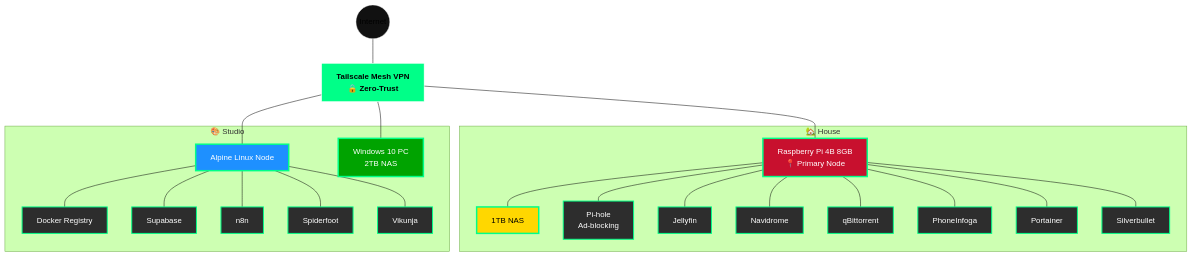
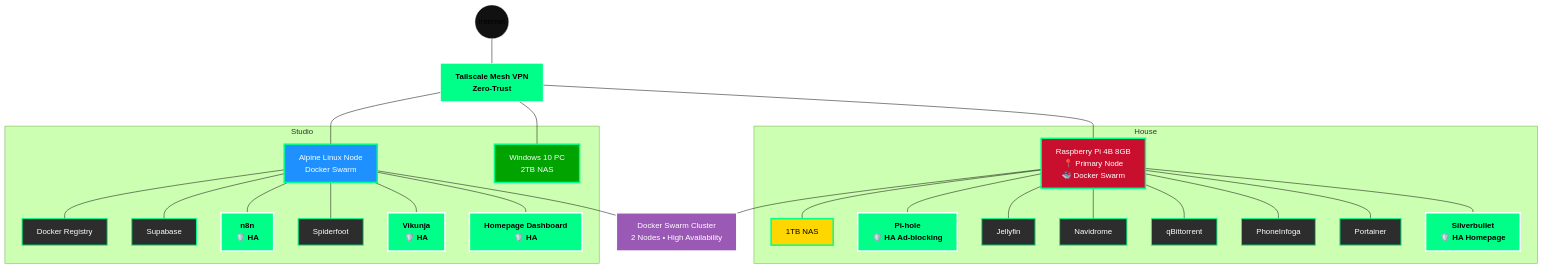
Before and after one commit to MKMithun2806/MKMithun2806: the diagram in README.md, drawn with Mermaid (forest theme).

Commit message:
Enhance README flowchart with HA and Swarm details
Updated the flowchart in the README to include Docker Swarm and High Availability indicators for various components.

````diff
--- a/README.md
+++ b/README.md
@@ -149,64 +149,76 @@
 ```mermaid
 flowchart TD
     Internet((Internet))
-    Tailscale[Tailscale Mesh VPN<br/>🔒 Zero-Trust]
+    Tailscale[Tailscale Mesh VPN<br/>Zero-Trust]
 
-    subgraph House ["🏡 House"]
-        RasPi[Raspberry Pi 4B 8GB<br/>📍 Primary Node]
-        NAS1[1TB NAS]
-        PiHole[Pi-hole<br/>Ad-blocking]
-        Jellyfin[Jellyfin]
-        Navidrome[Navidrome]
-        QB[qBittorrent]
-        Phoneinfoga[PhoneInfoga]
-        Portainer[Portainer]
-        Silverbullet[Silverbullet]
+    subgraph House ["House"]
+        RasPi[Raspberry Pi 4B 8GB<br/>📍 Primary Node<br/>🐳 Docker Swarm]:::raspi
+        NAS1[1TB NAS]:::nas
+        PiHole[Pi-hole<br/>🛡️ HA Ad-blocking]:::ha
+        Jellyfin[Jellyfin]:::service
+        Navidrome[Navidrome]:::service
+        QB[qBittorrent]:::service
+        Phoneinfoga[PhoneInfoga]:::service
+        Portainer[Portainer]:::service
+        Silverbullet[Silverbullet<br/>🛡️ HA Homepage]:::ha
     end
 
-    subgraph Studio ["🎨 Studio"]
-        Alpine[Alpine Linux Node]
-        WinNAS[Windows 10 PC<br/>2TB NAS]
-        DockerReg[Docker Registry]
-        Supabase[Supabase]
-        N8N[n8n]
-        Spiderfoot[Spiderfoot]
-        Vikunja[Vikunja]
+    subgraph Studio ["Studio"]
+        Alpine[Alpine Linux Node<br/>Docker Swarm]:::alpine
+        WinNAS[Windows 10 PC<br/>2TB NAS]:::windows
+        DockerReg[Docker Registry]:::service
+        Supabase[Supabase]:::service
+        N8N[n8n<br/>🛡️ HA]:::ha
+        Spiderfoot[Spiderfoot]:::service
+        Vikunja[Vikunja<br/>🛡️ HA]:::ha
+        Homepage[Homepage Dashboard<br/>🛡️ HA]:::ha
     end
 
     %% Connections
     Internet --- Tailscale
     Tailscale --- RasPi
     Tailscale --- Alpine
     Tailscale --- WinNAS
 
     RasPi --- NAS1
     RasPi --- PiHole
     RasPi --- Jellyfin
     RasPi --- Navidrome
     RasPi --- QB
     RasPi --- Phoneinfoga
     RasPi --- Portainer
     RasPi --- Silverbullet
 
     Alpine --- DockerReg
     Alpine --- Supabase
     Alpine --- N8N
     Alpine --- Spiderfoot
     Alpine --- Vikunja
+    Alpine --- Homepage
+
+    %% Swarm & HA indicators
+    Swarm[Docker Swarm Cluster<br/>2 Nodes • High Availability]:::swarm
+
+    RasPi --- Swarm
+    Alpine --- Swarm
 
     %% Styling
     classDef raspi fill:#C8102E,stroke:#00FF88,stroke-width:3px,color:#fff
     classDef alpine fill:#1E90FF,stroke:#00FF88,stroke-width:3px,color:#fff
     classDef windows fill:#00A300,stroke:#00FF88,stroke-width:3px,color:#fff
     classDef service fill:#2D2D2D,stroke:#00FF88,stroke-width:2px,color:#fff
     classDef nas fill:#FFD700,stroke:#00FF88,stroke-width:3px,color:#000
+    classDef ha fill:#00FF88,stroke:#fff,stroke-width:3px,color:#000,font-weight:bold
+    classDef swarm fill:#9B59B6,stroke:#fff,stroke-width:3px,color:#fff
 
     class RasPi raspi
     class Alpine alpine
     class WinNAS windows
     class NAS1 nas
-    class PiHole,Jellyfin,Navidrome,QB,Phoneinfoga,Portainer,Silverbullet,DockerReg,Supabase,N8N,Spiderfoot,Vikunja service
+    class PiHole,Silverbullet,N8N,Vikunja,Homepage ha
+    class Jellyfin,Navidrome,QB,Phoneinfoga,Portainer,DockerReg,Supabase,Spiderfoot service
+    class Swarm swarm
 
     style Internet fill:#111,stroke:#fff
     style Tailscale fill:#00FF88,stroke:#fff,color:#000,font-weight:bold
 ```
````
